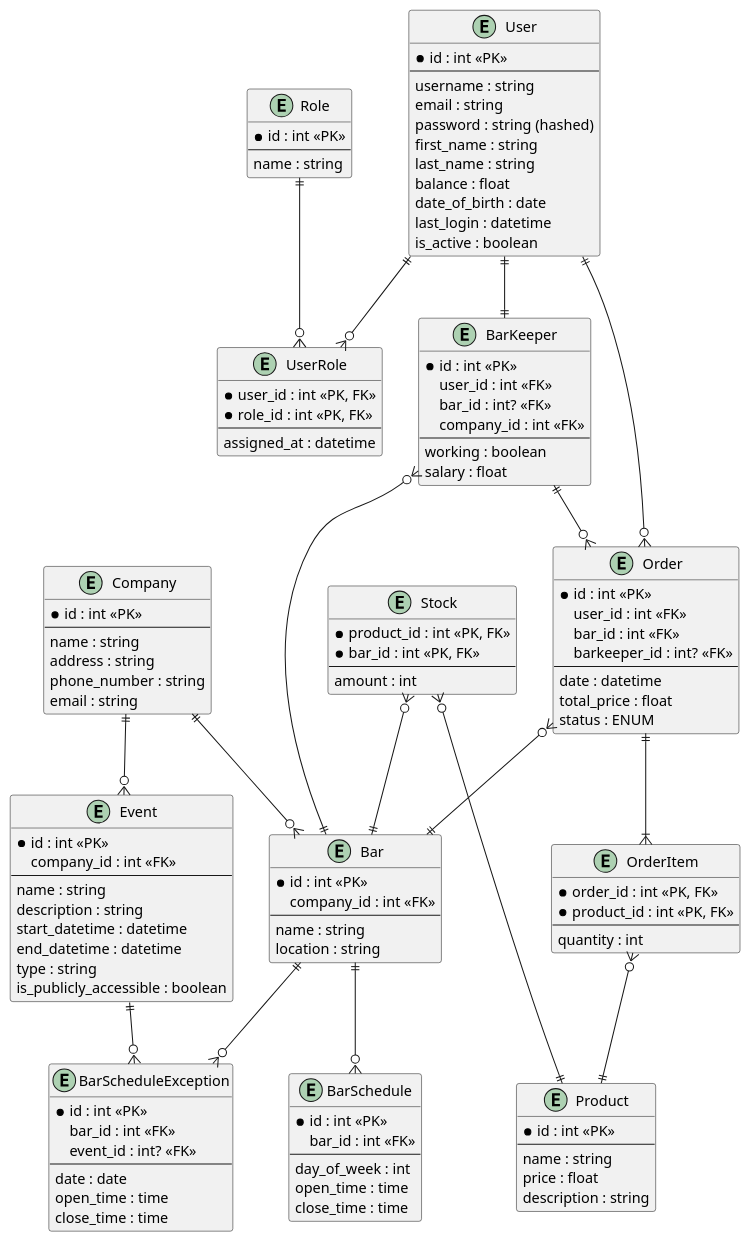
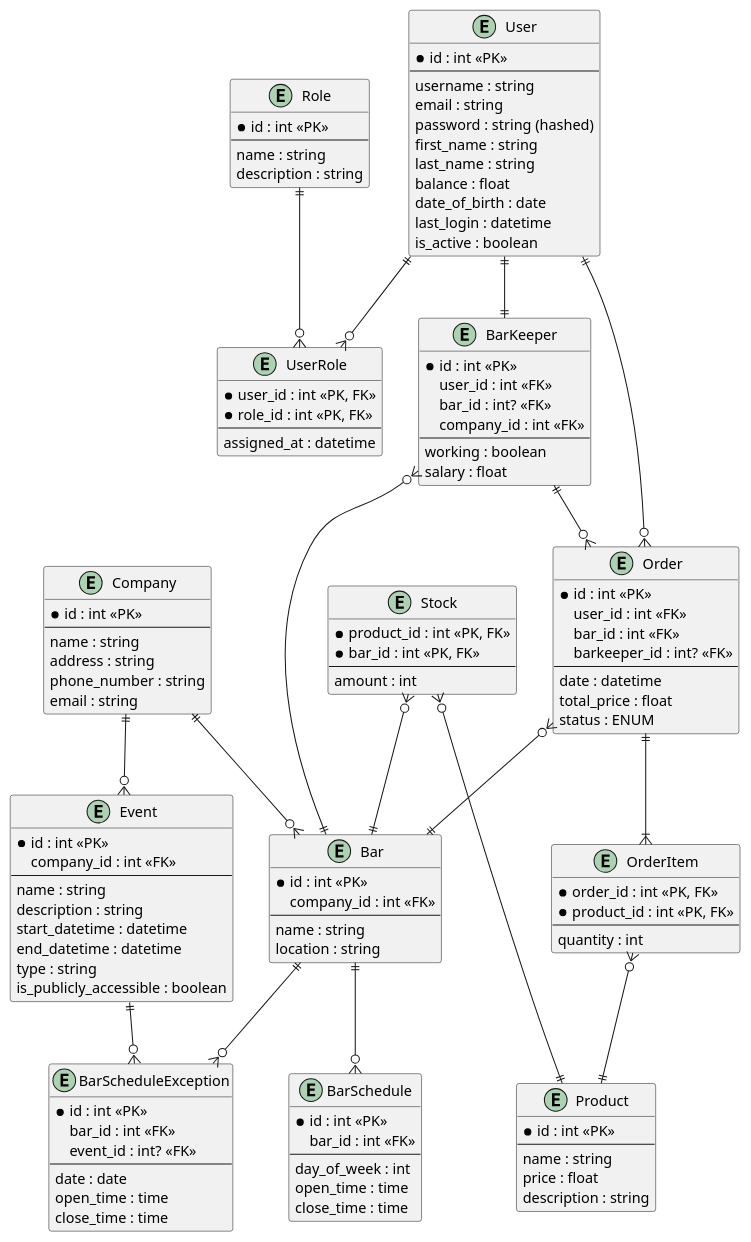
The diagram in notes/erd.md (robinoosterik2/FastBar), drawn with PlantUML before and after one commit. The commit also changed 56 other files, not shown here.

```diff
--- a/notes/erd.md
+++ b/notes/erd.md
@@ -20,6 +20,7 @@
   * id : int <<PK>>
   --
   name : string
+  description : string
 }
 
 entity UserRole {
```
